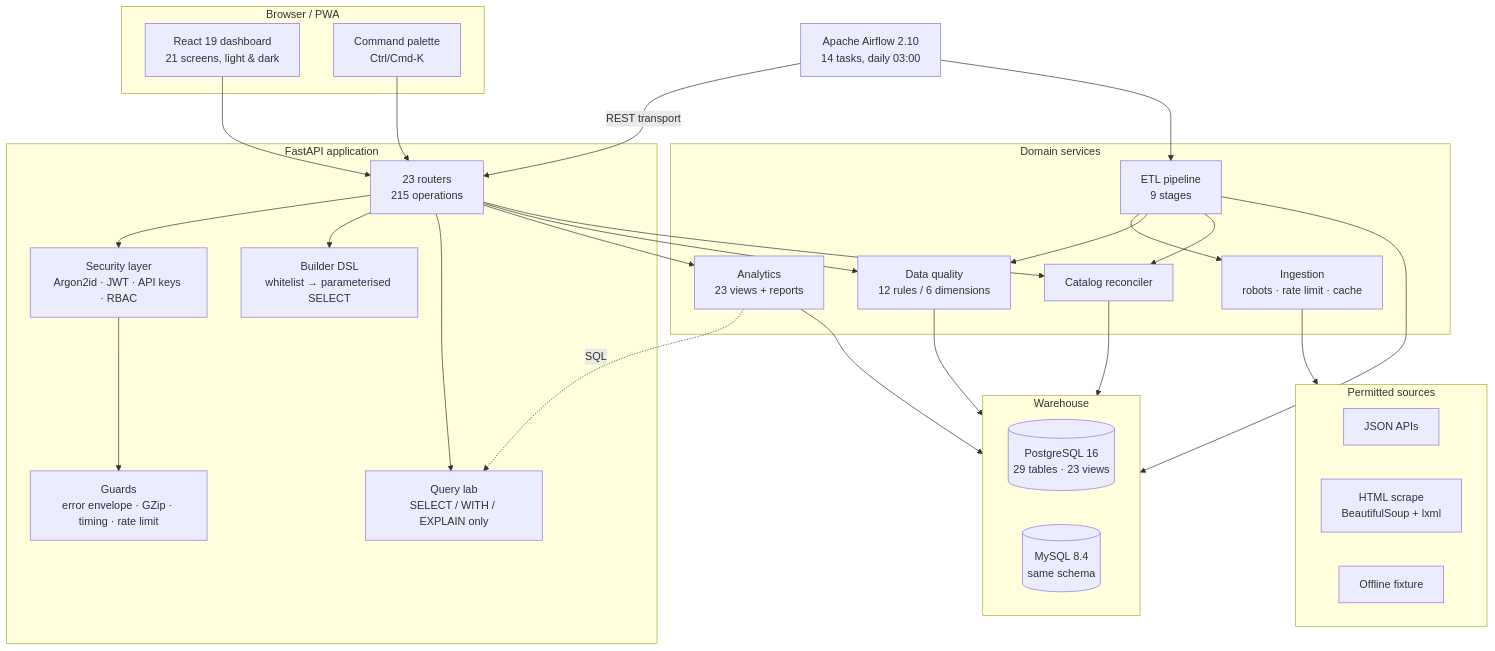
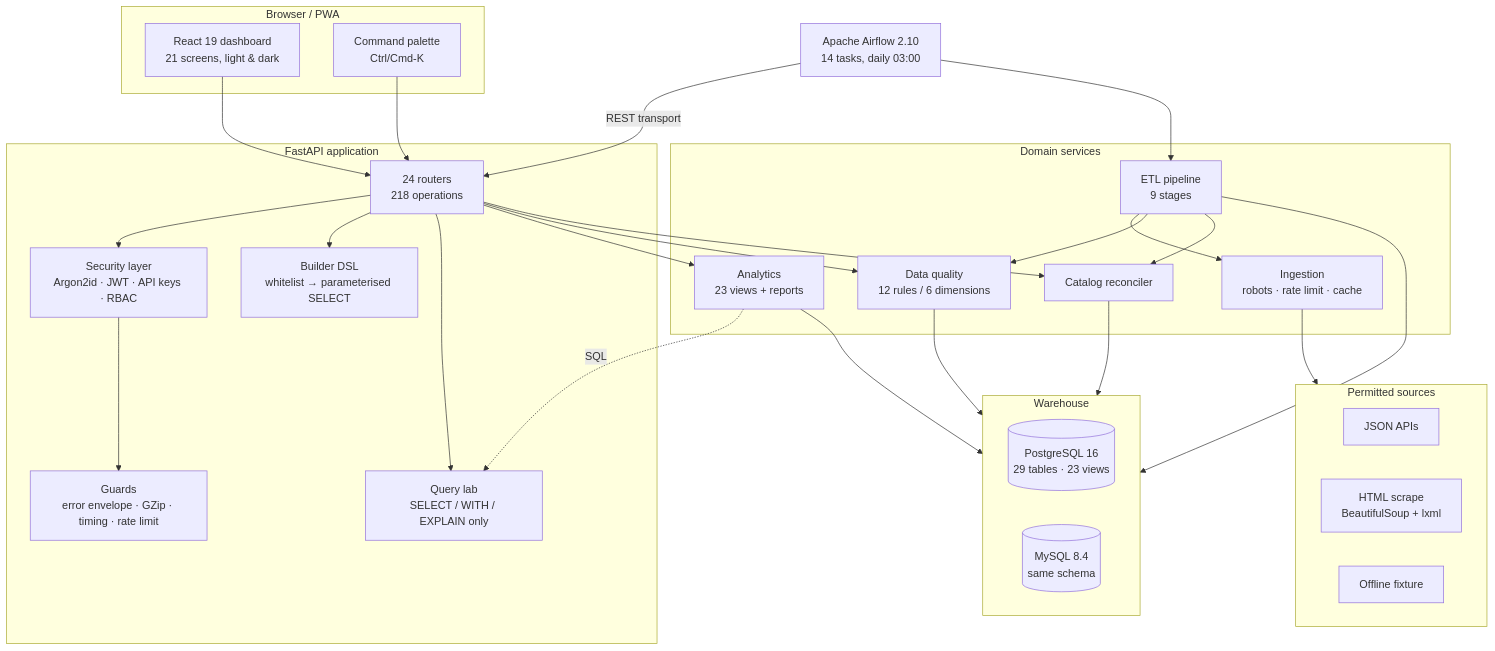
One commit to Ahmedbakr78/Web-to-Warehouse-Product-Intelligence-Pipeline changed diagram 12 of 15 in README.md. Above: the diagram before and after it, drawn with Mermaid. The commit also changed other lines of this file and 5 other files, not shown here.

````diff
--- a/README.md
+++ b/README.md
@@ -796,50 +796,50 @@
 ```mermaid
 graph TB
     subgraph Client["Browser / PWA"]
         DASH["React 19 dashboard<br/>21 screens, light & dark"]
         PAL["Command palette<br/>Ctrl/Cmd-K"]
     end
     subgraph Edge["FastAPI application"]
-        ROUTES["23 routers<br/>215 operations"]
+        ROUTES["24 routers<br/>218 operations"]
         AUTH["Security layer<br/>Argon2id · JWT · API keys · RBAC"]
         GUARD["Guards<br/>error envelope · GZip · timing · rate limit"]
         BUILDER["Builder DSL<br/>whitelist → parameterised SELECT"]
         QLAB["Query lab<br/>SELECT / WITH / EXPLAIN only"]
     end
     subgraph Domain["Domain services"]
         ING["Ingestion<br/>robots · rate limit · cache"]
         ETL["ETL pipeline<br/>9 stages"]
         DQ["Data quality<br/>12 rules / 6 dimensions"]
         AN["Analytics<br/>23 views + reports"]
         REC["Catalog reconciler"]
     end
     subgraph Store["Warehouse"]
         PG[("PostgreSQL 16<br/>29 tables · 23 views")]
         MY[("MySQL 8.4<br/>same schema")]
     end
     subgraph Sources["Permitted sources"]
         S1["JSON APIs"]
         S2["HTML scrape<br/>BeautifulSoup + lxml"]
         S3["Offline fixture"]
     end
     AF["Apache Airflow 2.10<br/>14 tasks, daily 03:00"]
 
     DASH --> ROUTES
     PAL --> ROUTES
     ROUTES --> AUTH --> GUARD
     ROUTES --> BUILDER
     ROUTES --> QLAB
     ROUTES --> AN
     ROUTES --> DQ
     ROUTES --> REC
     ETL --> ING --> Sources
     ETL --> DQ
     ETL --> REC
     ETL --> Store
     AN --> Store
     DQ --> Store
     REC --> Store
     AN -.SQL.-> QLAB
     AF -->|"REST transport"| ROUTES
     AF --> ETL
 ```
````
